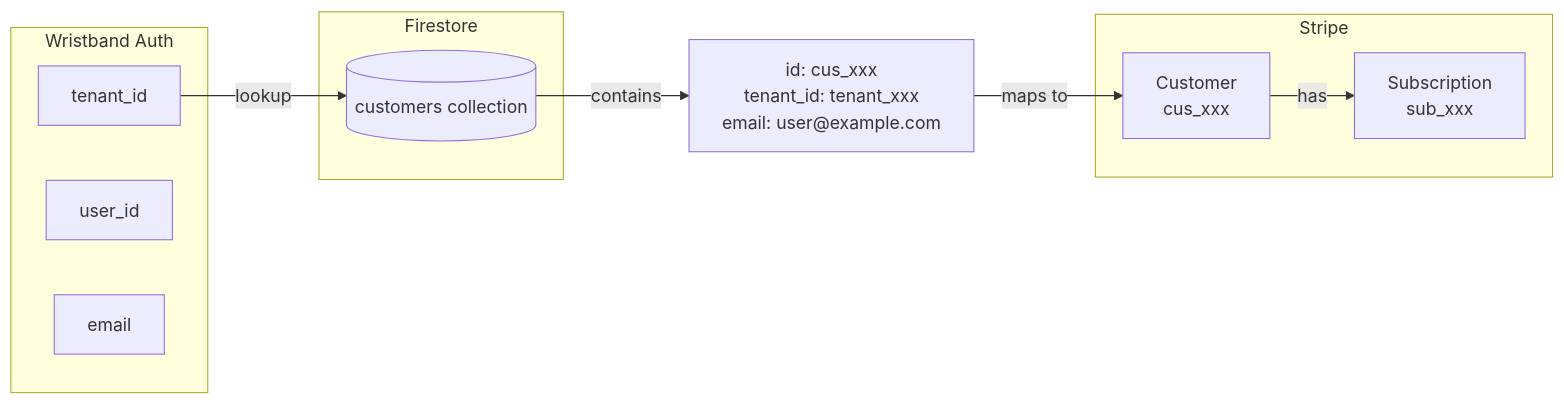
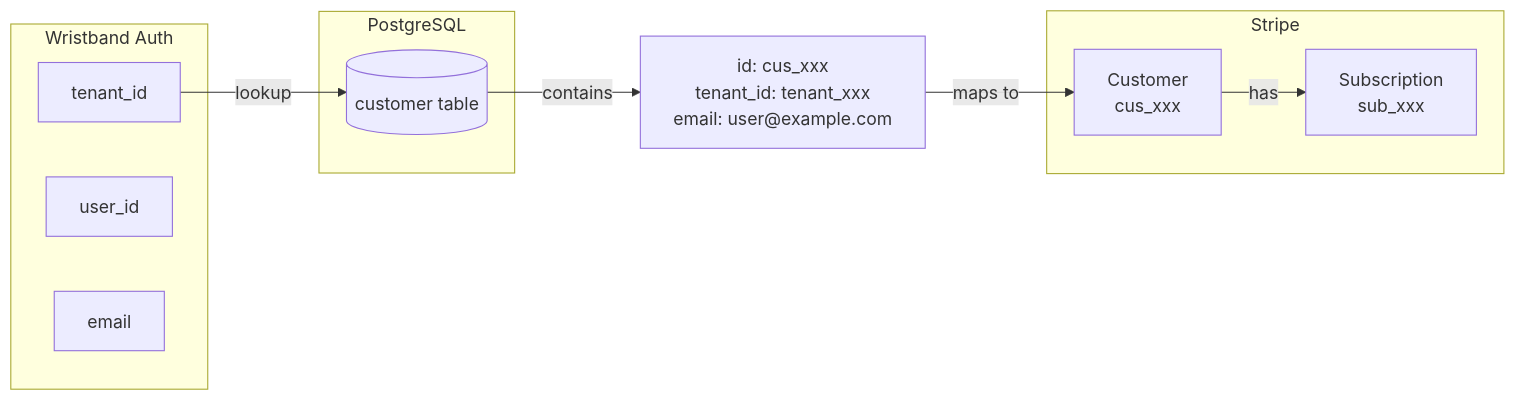
One commit to wristband-dev/fastapi-template changed diagram 13 of 13 in docs/stripe-architecture.md. Above: the diagram before and after it, drawn with Mermaid. The commit also changed other lines of this file and 53 other files, not shown here.

````diff
--- a/docs/stripe-architecture.md
+++ b/docs/stripe-architecture.md
@@ -664,22 +647,22 @@
 ```mermaid
 flowchart LR
     subgraph Wristband [Wristband Auth]
         tenant_id[tenant_id]
         user_id[user_id]
         email[email]
     end
     
-    subgraph Firestore [Firestore]
-        customers[(customers collection)]
+    subgraph PostgreSQL [PostgreSQL]
+        customer_table[(customer table)]
     end
     
     subgraph Stripe [Stripe]
         customer[Customer<br/>cus_xxx]
         subscription[Subscription<br/>sub_xxx]
     end
     
-    tenant_id -->|lookup| customers
-    customers -->|contains| customer_mapping["id: cus_xxx<br/>tenant_id: tenant_xxx<br/>email: user@example.com"]
+    tenant_id -->|lookup| customer_table
+    customer_table -->|contains| customer_mapping["id: cus_xxx<br/>tenant_id: tenant_xxx<br/>email: user@example.com"]
     customer_mapping -->|maps to| customer
     customer -->|has| subscription
 ```
````
